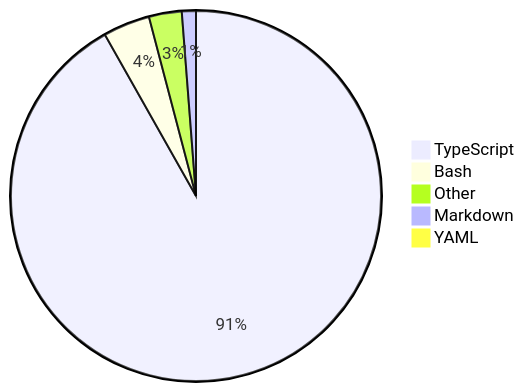
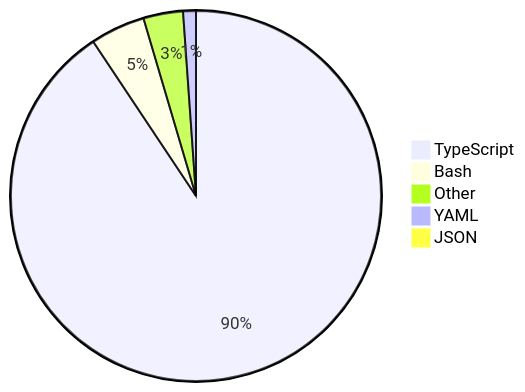
One commit to skvggor/skvggor changed the diagram in README.md. Above: the diagram before and after it, drawn with Mermaid.

Commit message:
Updated waka-readme graph with new metrics

````diff
--- a/README.md
+++ b/README.md
@@ -14,8 +14,8 @@
 ```mermaid
 pie
-    "TypeScript" : 89.8
-    "Bash" : 4.0
-    "Other" : 2.8
-    "Markdown" : 1.2
-    "YAML" : 0.9
+    "TypeScript" : 89.2
+    "Bash" : 4.7
+    "Other" : 3.4
+    "YAML" : 1.1
+    "JSON" : 0.9
 ```
````
